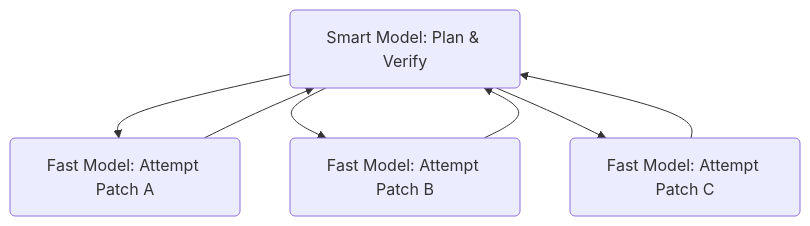
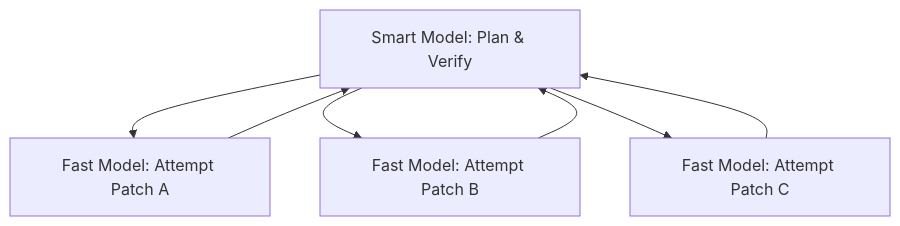
Before and after one commit to mldangelo/eairg-coding-agent-talk: the fourth of 4 diagrams in slides.md, drawn with Mermaid. The commit also changed other lines of this file and 2 other files, not shown here.

````diff
--- a/slides.md
+++ b/slides.md
@@ -346,9 +345,9 @@
 ```mermaid
 graph TD
-    Manager(Smart Model: Plan & Verify) --> Worker1(Fast Model: Attempt Patch A);
-    Manager --> Worker2(Fast Model: Attempt Patch B);
-    Manager --> Worker3(Fast Model: Attempt Patch C);
-    Worker1 --> Manager;
-    Worker2 --> Manager;
-    Worker3 --> Manager;
+    Manager["Smart Model: Plan & Verify"] --> Worker1["Fast Model: Attempt Patch A"]
+    Manager --> Worker2["Fast Model: Attempt Patch B"]
+    Manager --> Worker3["Fast Model: Attempt Patch C"]
+    Worker1 --> Manager
+    Worker2 --> Manager
+    Worker3 --> Manager
 ```
````
